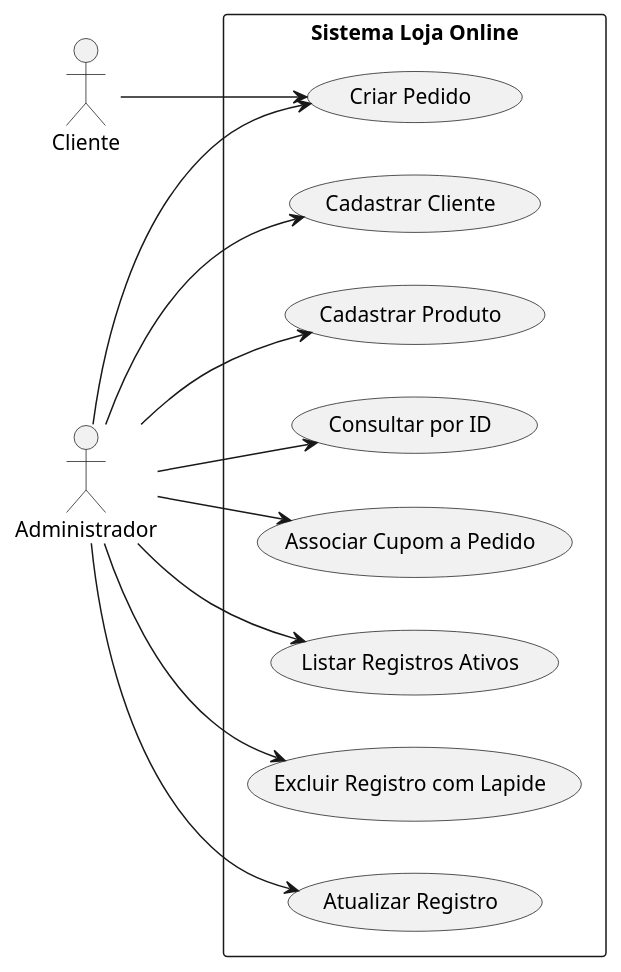
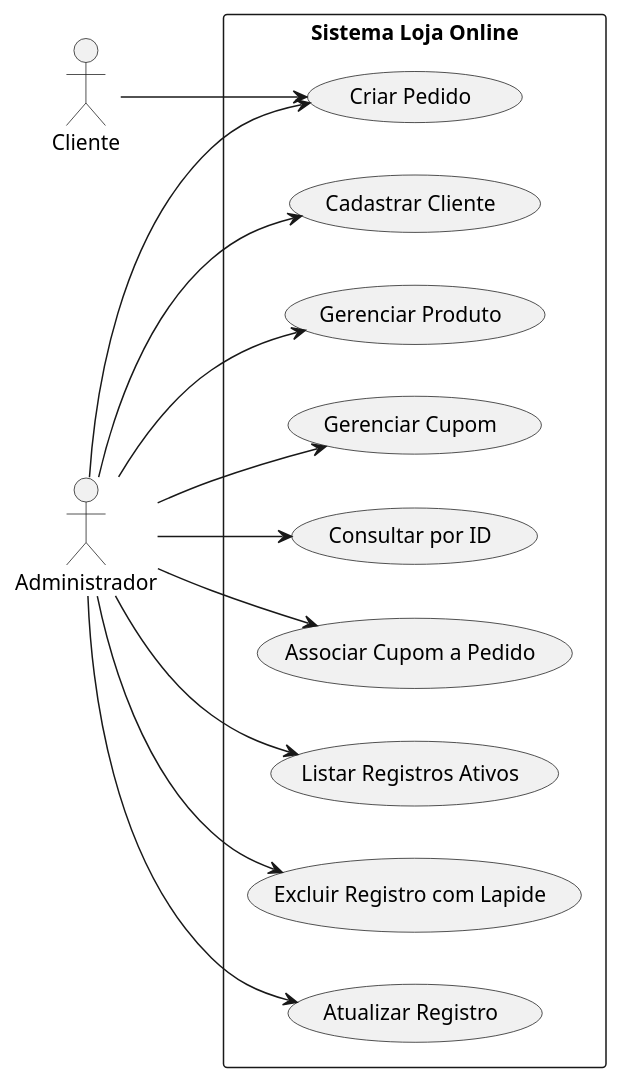
Before and after one commit to lucaszanfa/Tp-Aedes3: the diagram in docs/DCU.md, drawn with PlantUML. The commit also changed other lines of this file and 35 other files, not shown here.

Commit message:
atualizando diagramas

````diff
--- a/docs/DCU.md
+++ b/docs/DCU.md
@@ -24,30 +25,32 @@
 ```plantuml
 @startuml
 left to right direction
 
 actor Cliente
 actor Administrador
 
 rectangle "Sistema Loja Online" {
   usecase "Cadastrar Cliente" as UC1
-  usecase "Cadastrar Produto" as UC2
-  usecase "Criar Pedido" as UC3
-  usecase "Associar Cupom a Pedido" as UC4
-  usecase "Listar Registros Ativos" as UC5
-  usecase "Excluir Registro com Lapide" as UC6
-  usecase "Atualizar Registro" as UC7
-  usecase "Consultar por ID" as UC8
+  usecase "Gerenciar Produto" as UC2
+  usecase "Gerenciar Cupom" as UC3
+  usecase "Criar Pedido" as UC4
+  usecase "Associar Cupom a Pedido" as UC5
+  usecase "Listar Registros Ativos" as UC6
+  usecase "Excluir Registro com Lapide" as UC7
+  usecase "Atualizar Registro" as UC8
+  usecase "Consultar por ID" as UC9
 }
 
-Cliente --> UC3
+Cliente --> UC4
 
 Administrador --> UC1
 Administrador --> UC2
 Administrador --> UC3
 Administrador --> UC4
 Administrador --> UC5
 Administrador --> UC6
 Administrador --> UC7
 Administrador --> UC8
+Administrador --> UC9
 @enduml
 ```
````
